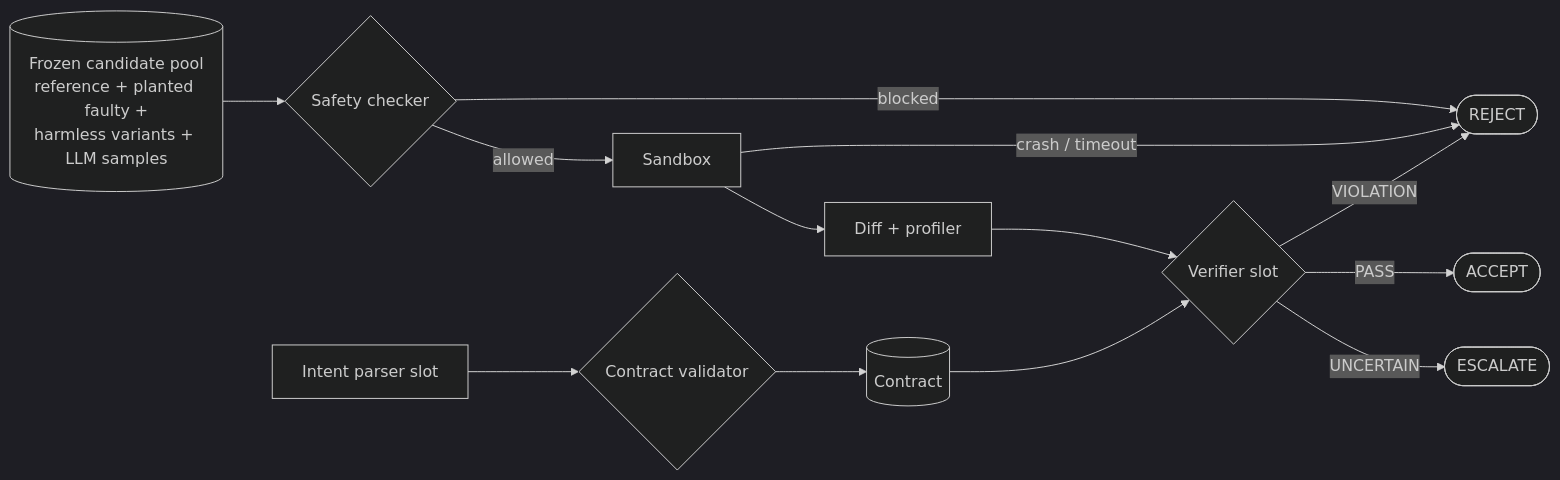
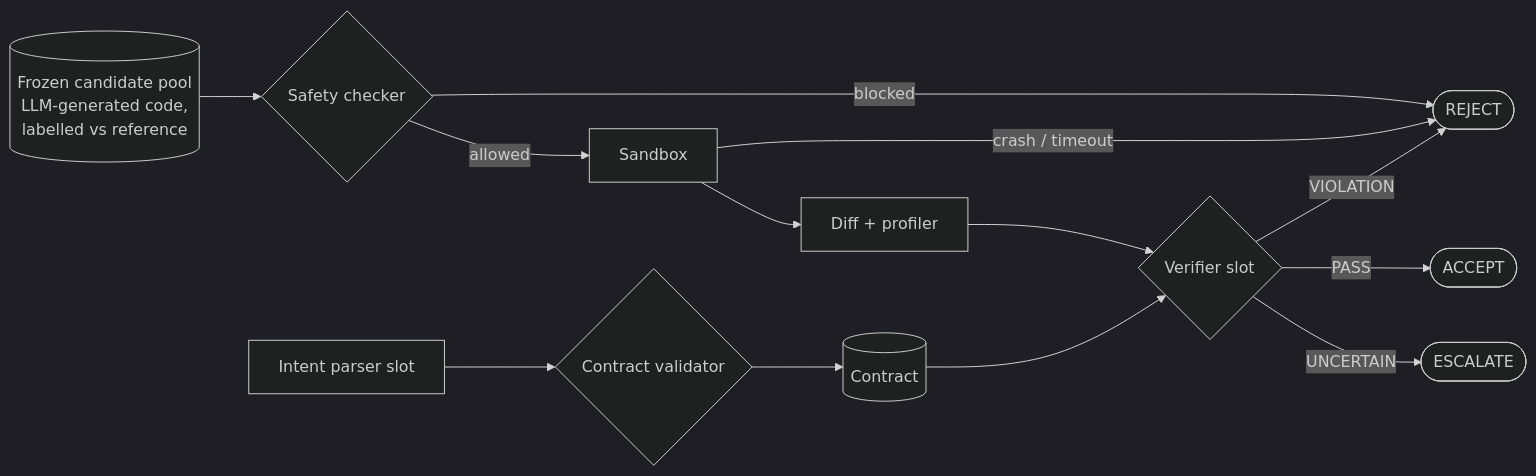
Before and after one commit to srinivas0307/lma-group-project: the second of 4 diagrams in README.md, drawn with Mermaid (dark theme). The commit also changed other lines of this file and 64 other files, not shown here.

````diff
--- a/README.md
+++ b/README.md
@@ -227,13 +227,13 @@
 ```mermaid
 flowchart LR
-    POOL[(Frozen candidate pool<br/>reference + planted faulty +<br/>harmless variants + LLM samples)] --> SC{Safety checker}
+    POOL[(Frozen candidate pool<br/>LLM-generated code,<br/>labelled vs reference)] --> SC{Safety checker}
     SC -->|allowed| SB[Sandbox]
     SC -->|blocked| REJ([REJECT])
     SB -->|crash / timeout| REJ
     SB --> DF[Diff + profiler]
     DF --> V{Verifier slot}
     P[Intent parser slot] --> CV{Contract validator} --> C[(Contract)] --> V
     V -->|PASS| ACC([ACCEPT])
     V -->|VIOLATION| REJ
     V -->|UNCERTAIN| ESC([ESCALATE])
 ```
````
